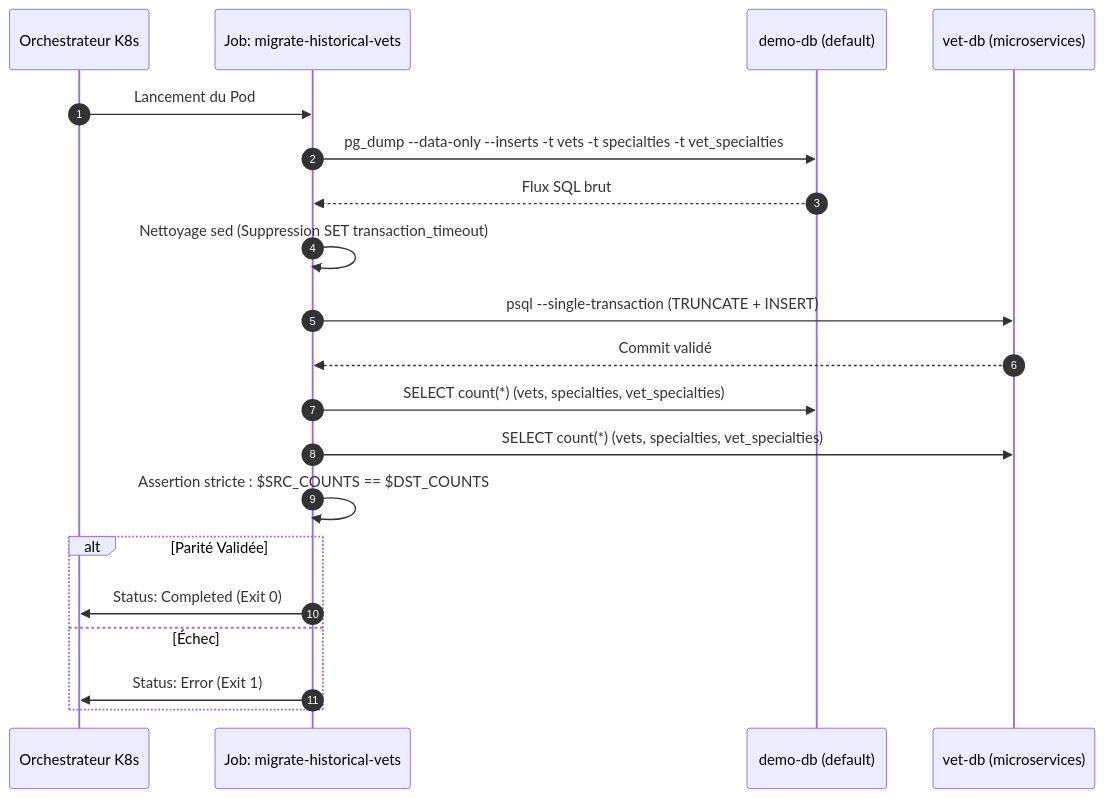
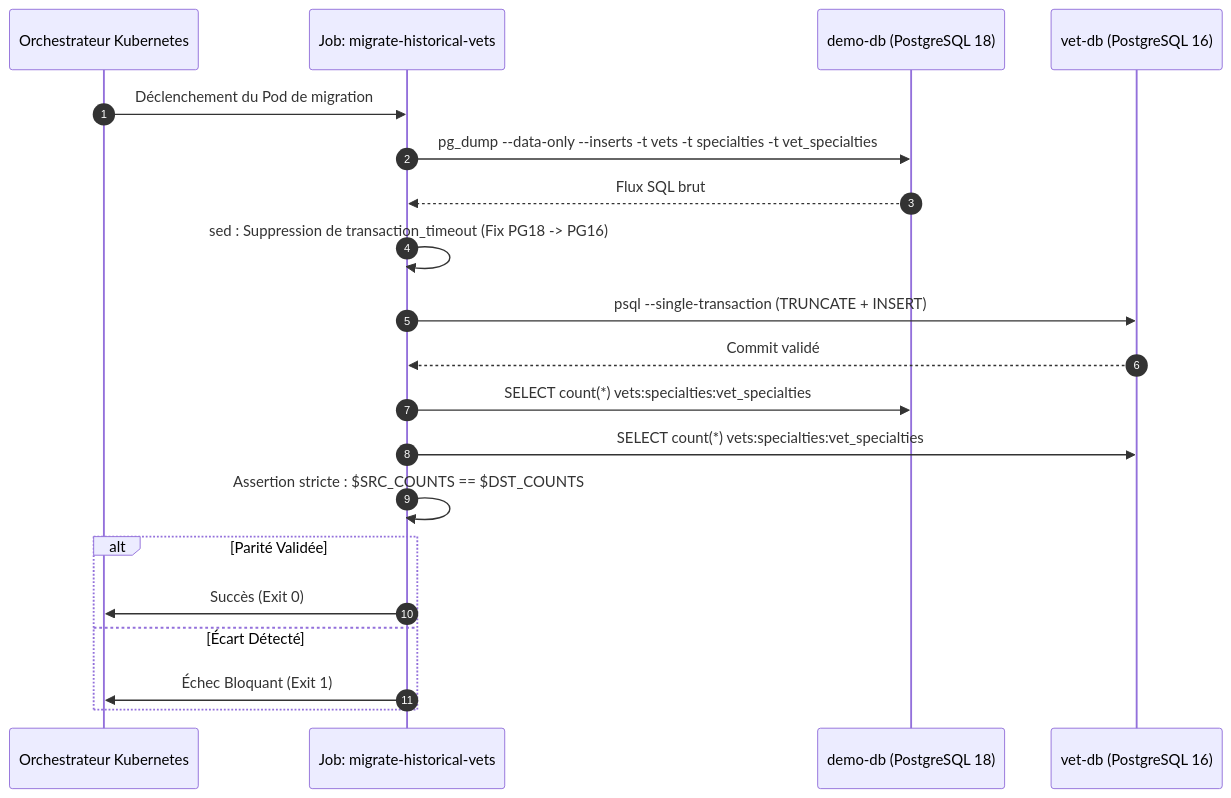
Before and after one commit to abdochiguer/Monolith-to-Microservices-Migration: the fifth of 8 diagrams in README.md, drawn with Mermaid. The commit also changed other lines of this file, not shown here.

````diff
--- a/README.md
+++ b/README.md
@@ -329,23 +294,23 @@
 ```mermaid
 sequenceDiagram
     autonumber
-    participant K8s as Orchestrateur K8s
+    participant K8s as Orchestrateur Kubernetes
     participant Job as Job: migrate-historical-vets
-    participant Src as demo-db (default)
-    participant Dst as vet-db (microservices)
+    participant Src as demo-db (PostgreSQL 18)
+    participant Dst as vet-db (PostgreSQL 16)
 
-    K8s->>Job: Lancement du Pod
+    K8s->>Job: Déclenchement du Pod de migration
     Job->>Src: pg_dump --data-only --inserts -t vets -t specialties -t vet_specialties
     Src-->>Job: Flux SQL brut
-    Job->>Job: Nettoyage sed (Suppression SET transaction_timeout)
+    Job->>Job: sed : Suppression de transaction_timeout (Fix PG18 -> PG16)
     Job->>Dst: psql --single-transaction (TRUNCATE + INSERT)
     Dst-->>Job: Commit validé
-    Job->>Src: SELECT count(*) (vets, specialties, vet_specialties)
-    Job->>Dst: SELECT count(*) (vets, specialties, vet_specialties)
+    Job->>Src: SELECT count(*) vets:specialties:vet_specialties
+    Job->>Dst: SELECT count(*) vets:specialties:vet_specialties
     Job->>Job: Assertion stricte : $SRC_COUNTS == $DST_COUNTS
     alt Parité Validée
-        Job->>K8s: Status: Completed (Exit 0)
-    else Échec
-        Job->>K8s: Status: Error (Exit 1)
+        Job->>K8s: Succès (Exit 0)
+    else Écart Détecté
+        Job->>K8s: Échec Bloquant (Exit 1)
     end
 ```
````
